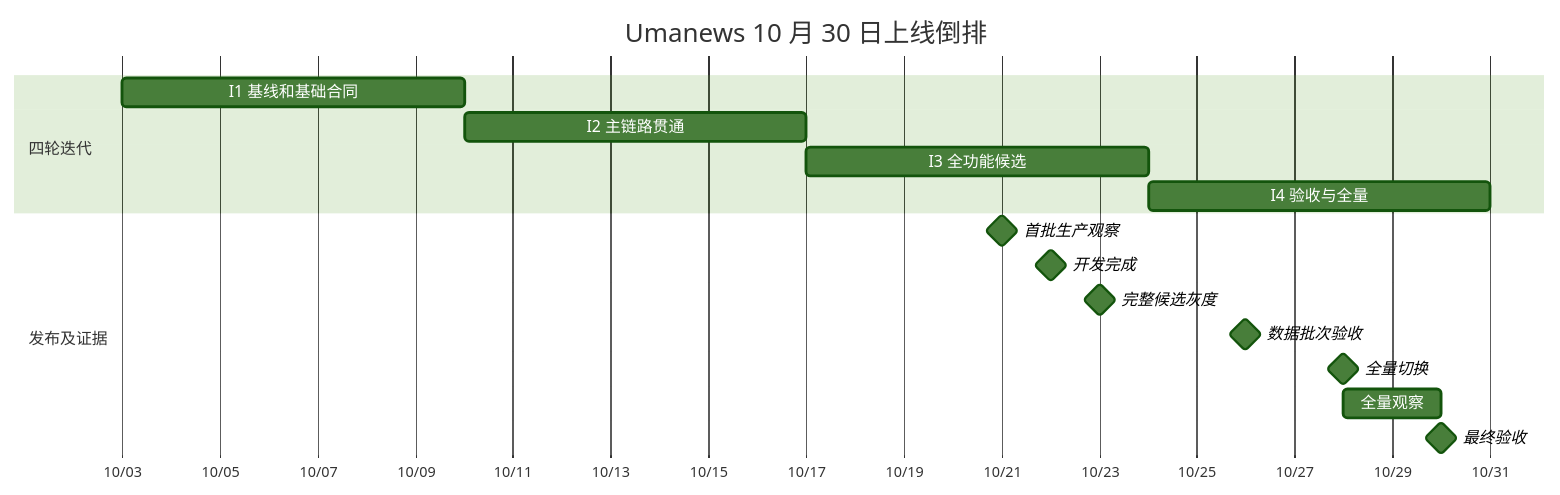
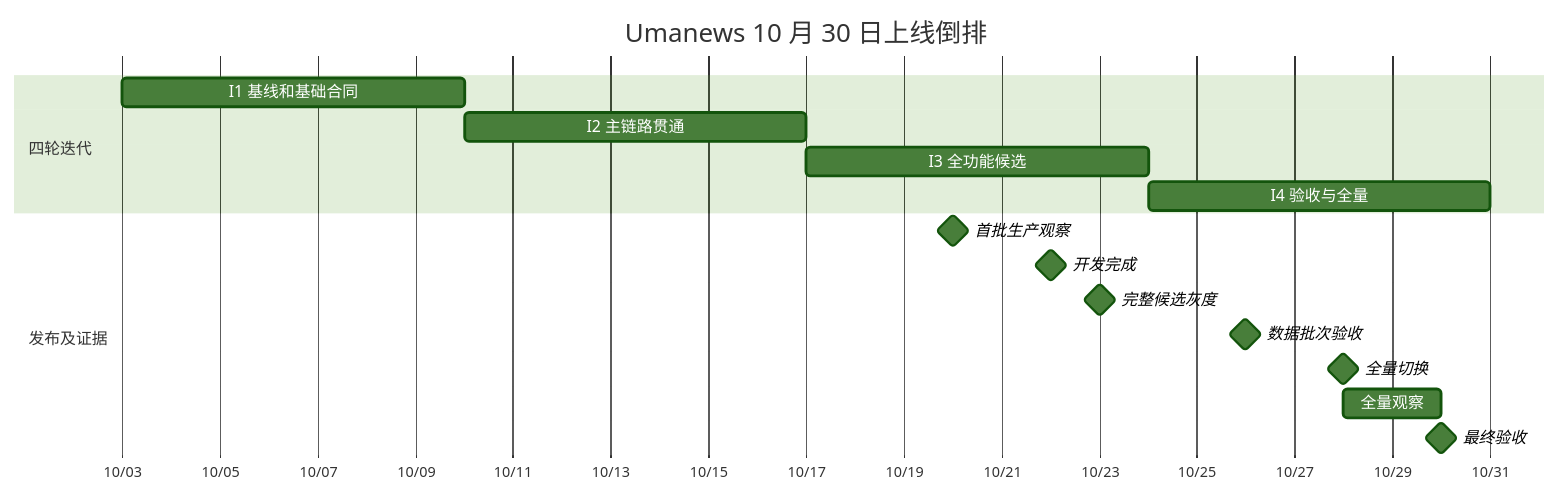
The first of 2 diagrams in docs/changes/next-version-capabilities/spec.md (thumentianlu1993-blip/Umanewsbot), drawn with Mermaid (forest theme) before and after one commit. The commit also changed other lines of this file and 5 other files, not shown here.

````diff
--- a/docs/changes/next-version-capabilities/spec.md
+++ b/docs/changes/next-version-capabilities/spec.md
@@ -68,19 +68,19 @@
 ```mermaid
 gantt
     title Umanews 10 月 30 日上线倒排
     dateFormat YYYY-MM-DD
     axisFormat %m/%d
     section 四轮迭代
     I1 基线和基础合同 :2026-10-03, 7d
     I2 主链路贯通 :2026-10-10, 7d
     I3 全功能候选 :2026-10-17, 7d
     I4 验收与全量 :2026-10-24, 7d
     section 发布及证据
-    首批生产观察 :milestone, 2026-10-21, 0d
+    首批生产观察 :milestone, 2026-10-20, 0d
     开发完成 :milestone, 2026-10-22, 0d
     完整候选灰度 :milestone, 2026-10-23, 0d
     数据批次验收 :milestone, 2026-10-26, 0d
     全量切换 :milestone, 2026-10-28, 0d
     全量观察 :2026-10-28, 2d
     最终验收 :milestone, 2026-10-30, 0d
 ```
````
